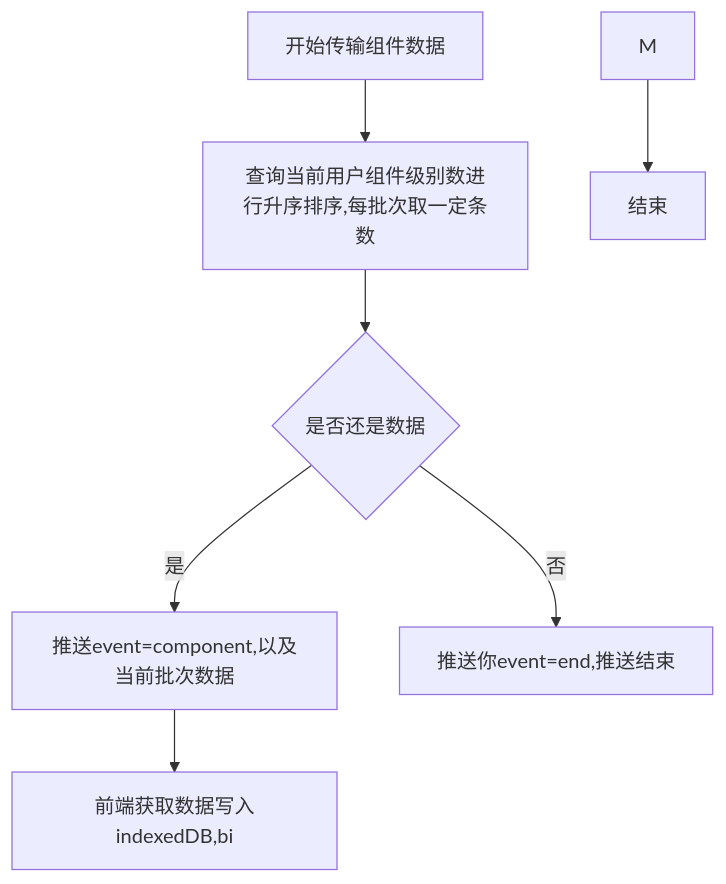
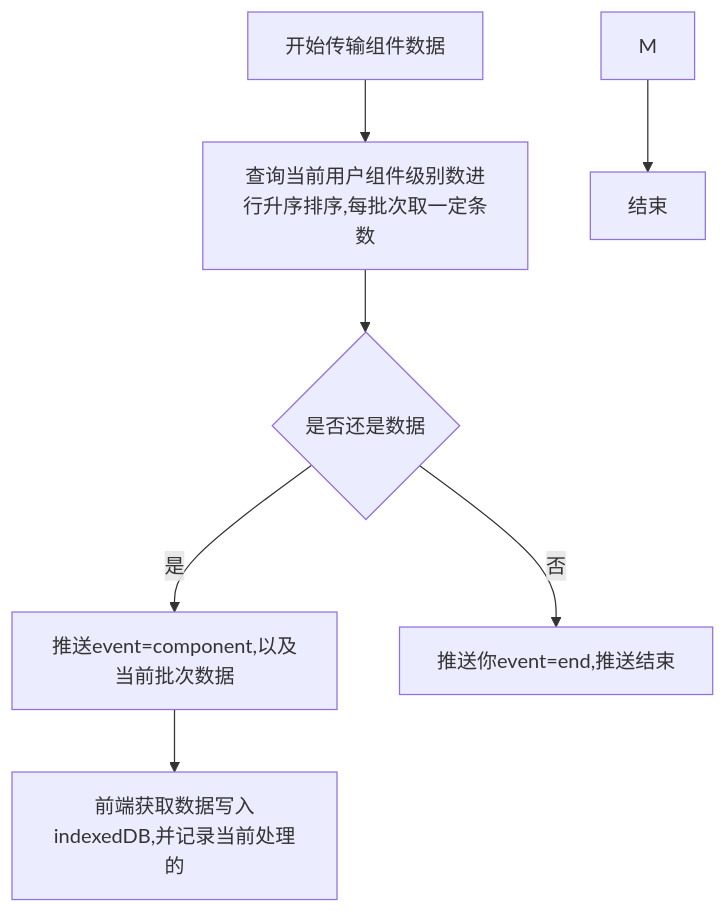
The diagram in all/未命名-59.md (yingjianzh/iodraw-files), drawn with Mermaid before and after one commit.

Commit message:
2025-05-14 15:26:16 update

````diff
--- a/all/未命名-59.md
+++ b/all/未命名-59.md
@@ -1,12 +1,12 @@
 ```mermaid
 flowchart TD
     A[开始传输组件数据] --> B[查询当前用户组件级别数进行升序排序,每批次取一定条数]
     B --> C{是否还是数据}
     C --> |是| D[推送event=component,以及当前批次数据]
     C --> |否| E[推送你event=end,推送结束]
 
-    D --> F[前端获取数据写入indexedDB,bi]
+    D --> F[前端获取数据写入indexedDB,并记录当前处理的]
     
    
     M --> N[结束]
 ```
````
